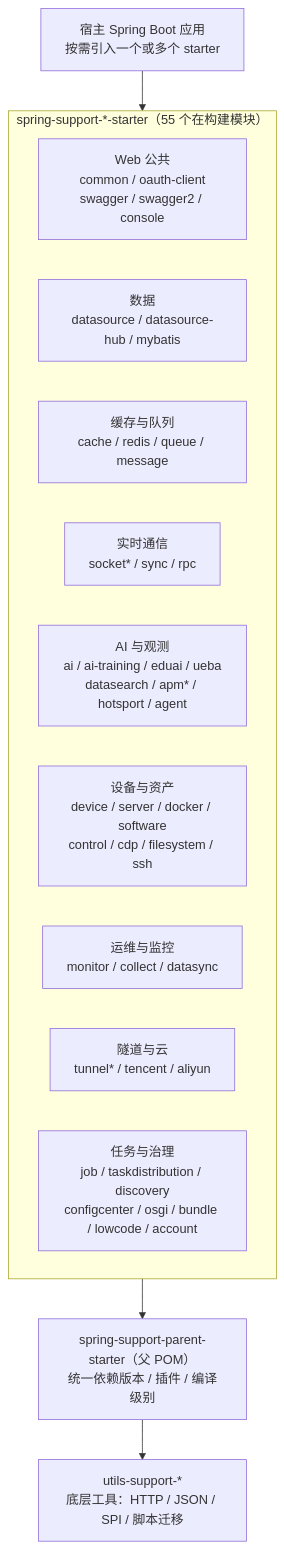
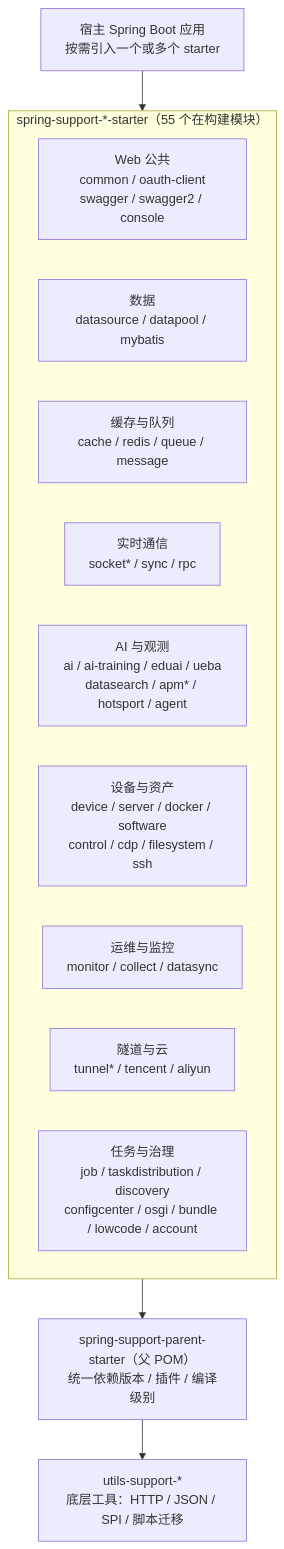
The first of 2 diagrams in README.md (CHTK001/spring-support-parent-starter), drawn with Mermaid before and after one commit. The commit also changed other lines of this file and 769 other files, not shown here.

````diff
--- a/README.md
+++ b/README.md
@@ -39,21 +39,21 @@
 ```mermaid
 flowchart TB
     HOST["宿主 Spring Boot 应用<br/>按需引入一个或多个 starter"]
     subgraph STARTERS["spring-support-*-starter（55 个在构建模块）"]
         direction LR
         WEB["Web 公共<br/>common / oauth-client<br/>swagger / swagger2 / console"]
-        DATA["数据<br/>datasource / datasource-hub / mybatis"]
+        DATA["数据<br/>datasource / datapool / mybatis"]
         CACHE["缓存与队列<br/>cache / redis / queue / message"]
         RT["实时通信<br/>socket* / sync / rpc"]
         AI["AI 与观测<br/>ai / ai-training / eduai / ueba<br/>datasearch / apm* / hotsport / agent"]
         DEV["设备与资产<br/>device / server / docker / software<br/>control / cdp / filesystem / ssh"]
         OPS["运维与监控<br/>monitor / collect / datasync"]
         TUN["隧道与云<br/>tunnel* / tencent / aliyun"]
         GOV["任务与治理<br/>job / taskdistribution / discovery<br/>configcenter / osgi / bundle / lowcode / account"]
     end
     PARENT["spring-support-parent-starter（父 POM）<br/>统一依赖版本 / 插件 / 编译级别"]
     UTILS["utils-support-*<br/>底层工具：HTTP / JSON / SPI / 脚本迁移"]
     HOST --> STARTERS
     STARTERS --> PARENT
     PARENT --> UTILS
 ```
````
